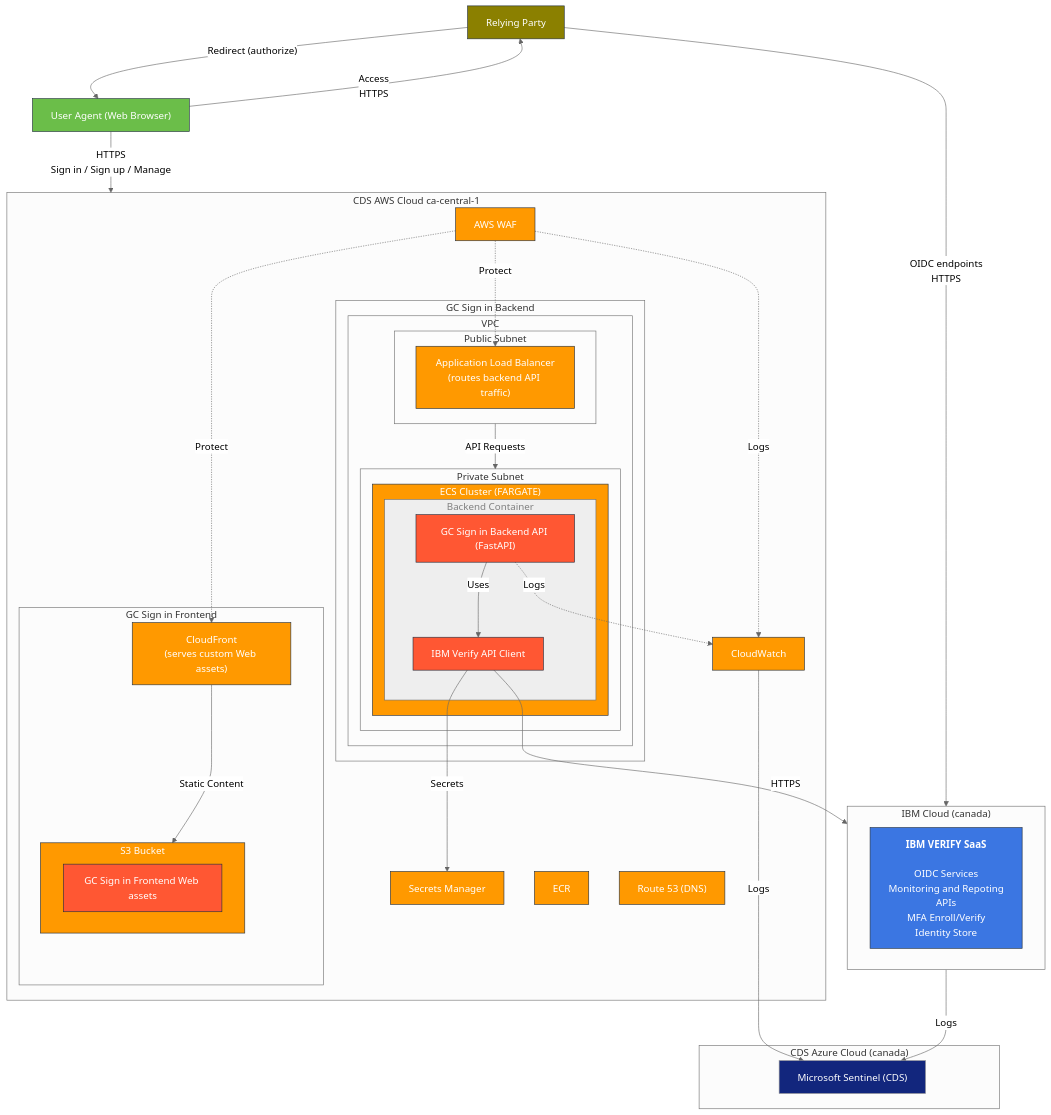
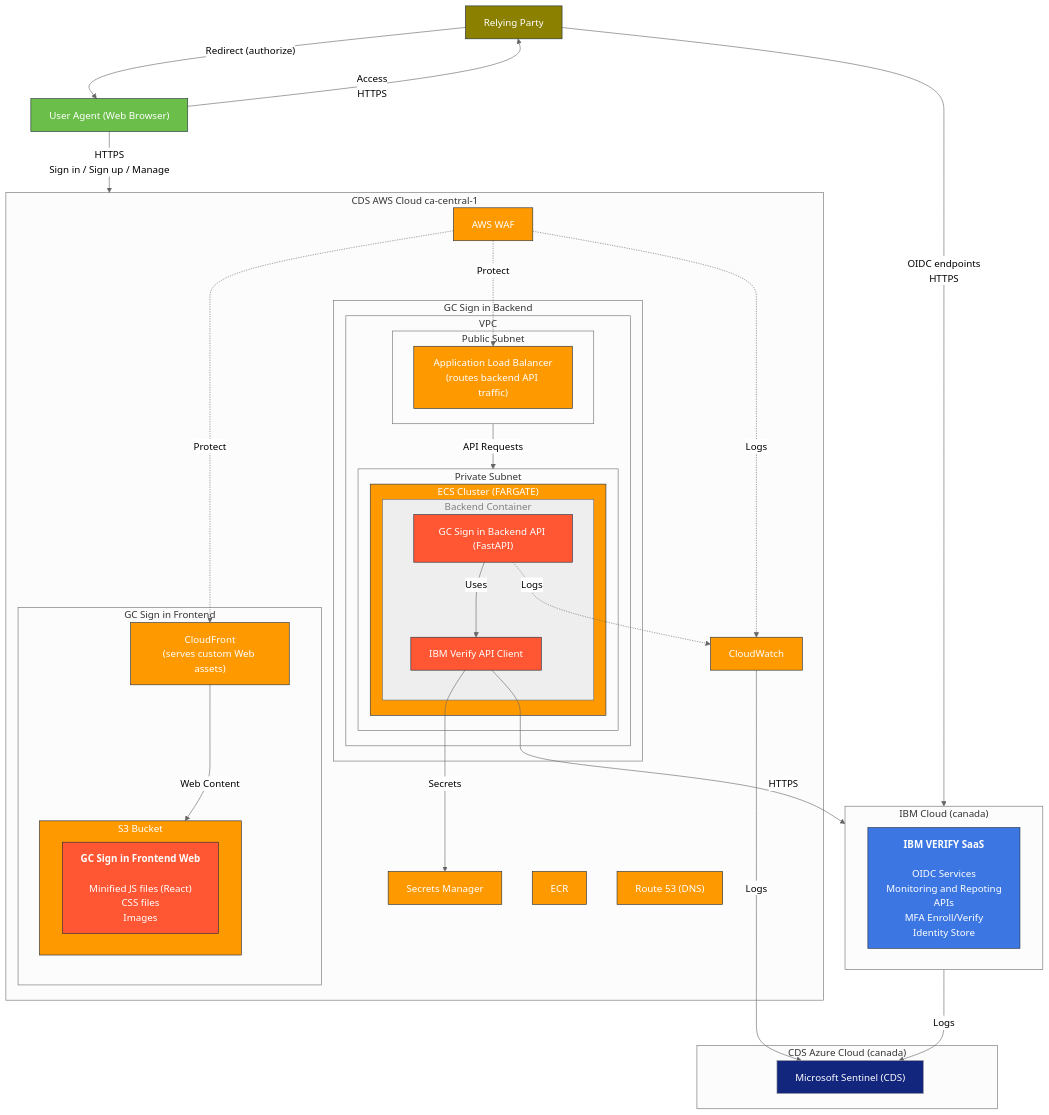
The diagram in docs/architecture/gc-signin-aws-system-architecture.mmd (cds-snc/canadalogin-user-selfservice-webapp), drawn with Mermaid before and after one commit. The commit also changed 3 other files, not shown here.

Commit message:
Updated architecture to add more description to front-end Web content in S3

```diff
--- a/docs/architecture/gc-signin-aws-system-architecture.mmd
+++ b/docs/architecture/gc-signin-aws-system-architecture.mmd
@@ -1,83 +1,83 @@
 %%{init: {'theme':'neutral'}}%%
 graph TB
     RelyingParty[Relying Party]
     WebBrowser["User Agent (Web Browser)"]
 
     subgraph AWS["CDS AWS Cloud ca-central-1"]
         subgraph GC Sign in Backend
             subgraph "VPC"
                 subgraph PublicSubnet["Public Subnet"]
                     ALB["Application Load Balancer<br/>(routes backend API traffic)"]
                 end
 
                 subgraph PrivateSubnet["Private Subnet"]
                     subgraph ECS["ECS Cluster (FARGATE)"]
                         subgraph BackendContainer["Backend Container"]
                             APIBackend["GC Sign in Backend API (FastAPI)"]
                             APIClient["IBM Verify API Client"]
                         end
                     end
                 end
             end
         end
 
         subgraph GC Sign in Frontend
             CloudFront["CloudFront<br/>(serves custom Web assets)"]
             subgraph S3[S3 Bucket]
-                GCSigninFrontEnd[GC Sign in Frontend Web assets]
+                GCSigninFrontEnd["<strong>GC Sign in Frontend Web</strong><br/><br/>Minified JS files (React)<br/>CSS files<br/>Images"]
             end
         end
 
         CloudWatch[CloudWatch]
         SecretsManager[Secrets Manager]
         ECR["ECR"]
         Route53["Route 53 (DNS)"]
         WAF[AWS WAF]
     end
 
     subgraph IBMVerify["IBM Cloud (canada)"]
         IBMVerifyFeatures["<strong>IBM VERIFY SaaS</strong><br/><br/>OIDC Services<br/>Monitoring and Repoting<br/>APIs<br/>MFA Enroll/Verify<br/>Identity Store"]
     end
 
     subgraph Azure["CDS Azure Cloud (canada)"]
         Sentinel["Microsoft Sentinel (CDS)"]
     end
     
     
 
     %% Connections
     WebBrowser-->|"Access<br/>HTTPS"| RelyingParty
     WebBrowser ------->|"HTTPS<br/>Sign in / Sign up / Manage"| AWS
     RelyingParty-->|"OIDC endpoints<br/>HTTPS"| IBMVerify
     RelyingParty-->|"Redirect (authorize)"| WebBrowser
-    CloudFront -->|Static Content| S3
+    CloudFront -->|Web Content| S3
     WAF -.->|Protect| ALB
     WAF -.->|Protect| CloudFront
     PublicSubnet -->|API Requests| PrivateSubnet
     APIBackend-->|Uses| APIClient
     APIClient -->|HTTPS| IBMVerify
     APIClient -->|Secrets| SecretsManager
 
     %% Monitoring
     WAF -.->|Logs| CloudWatch
     APIBackend -.->|Logs| CloudWatch
     CloudWatch -->|Logs| Sentinel
     IBMVerify -->|Logs| Sentinel
 
     %% Styling
     classDef aws fill:#FF9900,stroke:#232F3E,color:white;
     classDef gcsignin fill:#FF5733,stroke:#232F3E,color:white;
     classDef ibm fill:#3B76e2,stroke:#232F3E,color:white;
     classDef ibmchild fill:#1B46C2,stroke:#232F3E,color:white;
     classDef users fill:#6BBE49,stroke:#232F3E,color:white;
     classDef rp fill:#8B8000,stroke:#232F3E,color:white;
     classDef azure fill:#12267d,stroke:#23F3E,color:white;
     classDef docker fill:#EEEEEE,stroke:#23F3E,color:grey;
 
     class Route53,CloudFront,ALB,WAF,CFWAF,ECS,ECR,CloudWatch,SecretsManager,WAFLogs,S3 aws;
     class IBMVerifyFeatures ibm;
     class WebBrowser users;
     class RelyingParty rp;
     class GCSigninFrontEnd,APIBackend,APIClient gcsignin;
     class Sentinel azure;
     class BackendContainer docker;
```
